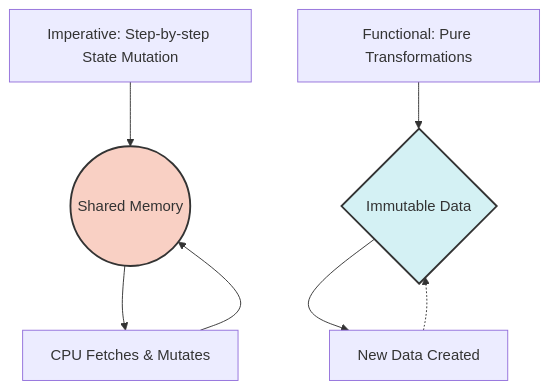
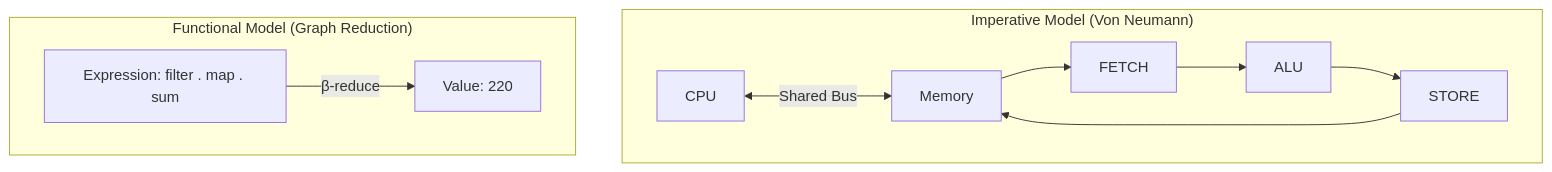
One commit to MVMC4/university-cs-docs changed the diagram in content/docs/sem3/csi243/01-paradigm-shift.mdx. Above: the diagram before and after it, drawn with Mermaid. The commit also changed other lines of this file and 49 other files, not shown here.

````diff
--- a/content/docs/sem3/csi243/01-paradigm-shift.mdx
+++ b/content/docs/sem3/csi243/01-paradigm-shift.mdx
@@ -28,11 +134,13 @@
 ```mermaid
 graph TD
-    A[Imperative: Step-by-step State Mutation] --> B((Shared Memory))
-    B --> C[CPU Fetches & Mutates]
-    C --> B
-    D[Functional: Pure Transformations] --> E{Immutable Data}
-    E --> F[New Data Created]
-    F -.-> E
-    style B fill:#f9d0c4,stroke:#333,stroke-width:2px
-    style E fill:#d4f1f4,stroke:#333,stroke-width:2px
+    subgraph "Imperative Model (Von Neumann)"
+        A[CPU] <-->|Shared Bus| B[Memory]
+        B --> C[FETCH]
+        C --> D[ALU]
+        D --> E[STORE]
+        E --> B
+    end
+    subgraph "Functional Model (Graph Reduction)"
+        F[Expression: filter . map . sum] -->|β-reduce| G[Value: 220]
+    end
 ```
````
